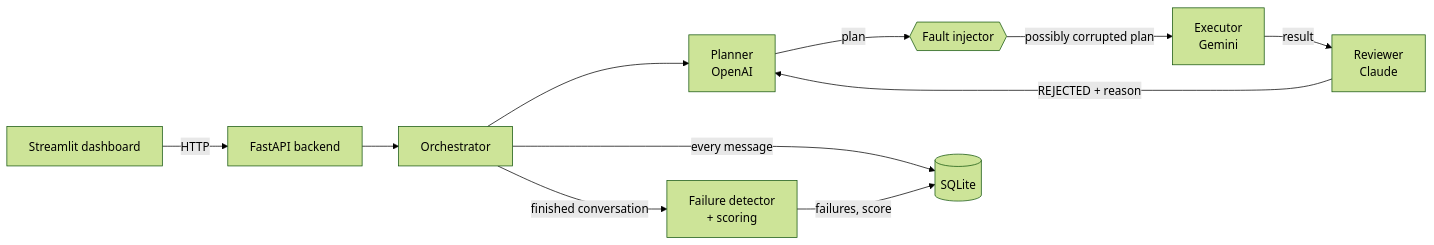
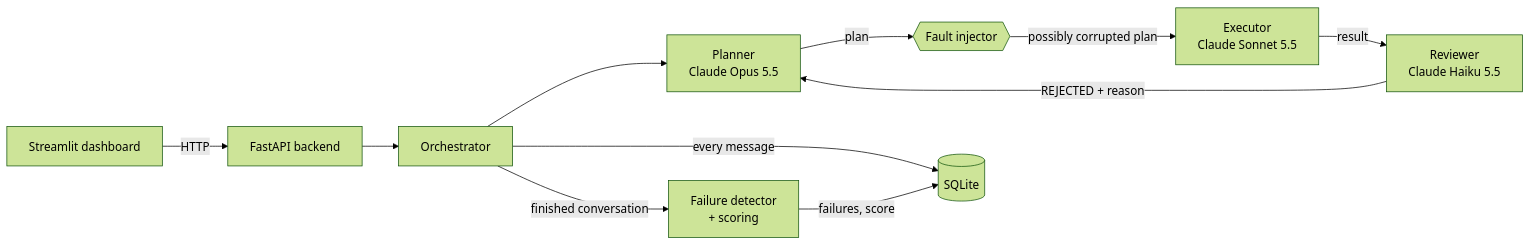
The diagram in README.md (Ardnekol/multi-agent-coordination-failure), drawn with Mermaid (forest theme) before and after one commit. The commit also changed other lines of this file and 12 other files, not shown here.

````diff
--- a/README.md
+++ b/README.md
@@ -58,13 +60,13 @@
 ```mermaid
 flowchart LR
     UI[Streamlit dashboard] -- HTTP --> API[FastAPI backend]
     API --> ORC[Orchestrator]
-    ORC --> P[Planner<br/>OpenAI]
+    ORC --> P[Planner<br/>Claude Opus 5.5]
     P -- plan --> FI{{Fault injector}}
-    FI -- possibly corrupted plan --> E[Executor<br/>Gemini]
-    E -- result --> R[Reviewer<br/>Claude]
+    FI -- possibly corrupted plan --> E[Executor<br/>Claude Sonnet 5.5]
+    E -- result --> R[Reviewer<br/>Claude Haiku 5.5]
     R -- REJECTED + reason --> P
     ORC -- every message --> DB[(SQLite)]
     ORC -- finished conversation --> D[Failure detector<br/>+ scoring]
     D -- failures, score --> DB
 ```
````
